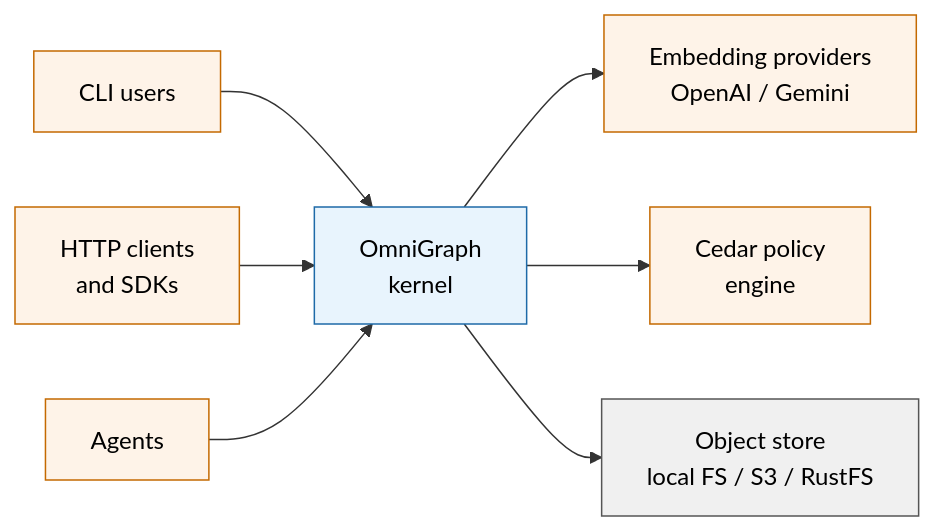
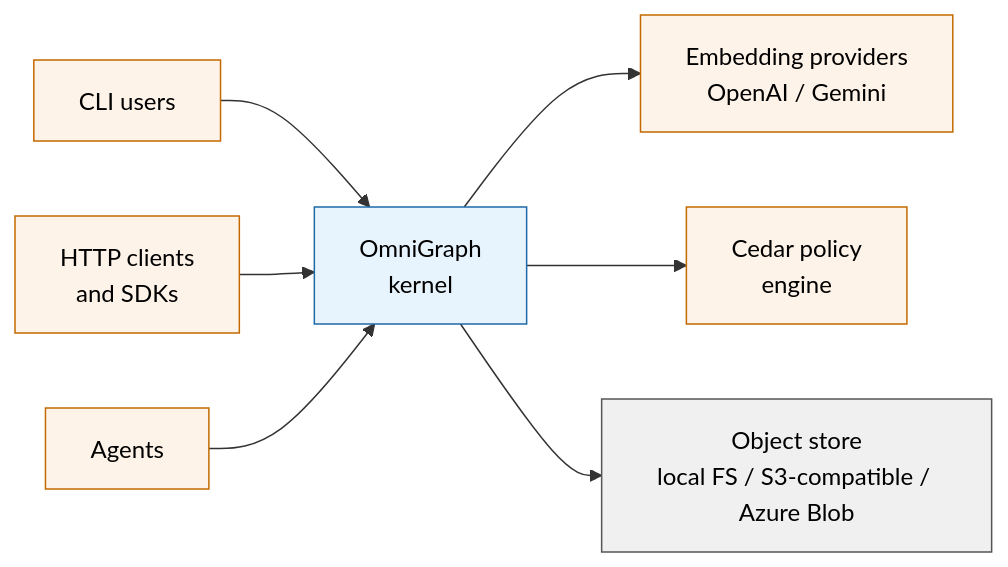
The first of 7 diagrams in docs/dev/architecture.md (ModernRelay/omnigraph), drawn with Mermaid before and after one commit. The commit also changed other lines of this file and 81 other files, not shown here.

Commit message:
feat(azure): implement RFC-0029 Blob storage preview

````diff
--- a/docs/dev/architecture.md
+++ b/docs/dev/architecture.md
@@ -19,23 +19,23 @@
 ```mermaid
 flowchart LR
     classDef external fill:#fef3e8,stroke:#c46900,color:#000
     classDef omnigraph fill:#e8f4fd,stroke:#1e6aa8,color:#000
     classDef store fill:#f0f0f0,stroke:#555,color:#000
 
     cli[CLI users]:::external
     http[HTTP clients<br/>and SDKs]:::external
     agents[Agents]:::external
     embed[Embedding providers<br/>OpenAI / Gemini]:::external
 
     og[OmniGraph<br/>kernel]:::omnigraph
 
     cedar[Cedar policy<br/>engine]:::external
-    s3[Object store<br/>local FS / S3 / RustFS]:::store
+    s3[Object store<br/>local FS / S3-compatible / Azure Blob]:::store
 
     cli --> og
     http --> og
     agents --> og
     og --> embed
     og --> cedar
     og --> s3
 ```
````
